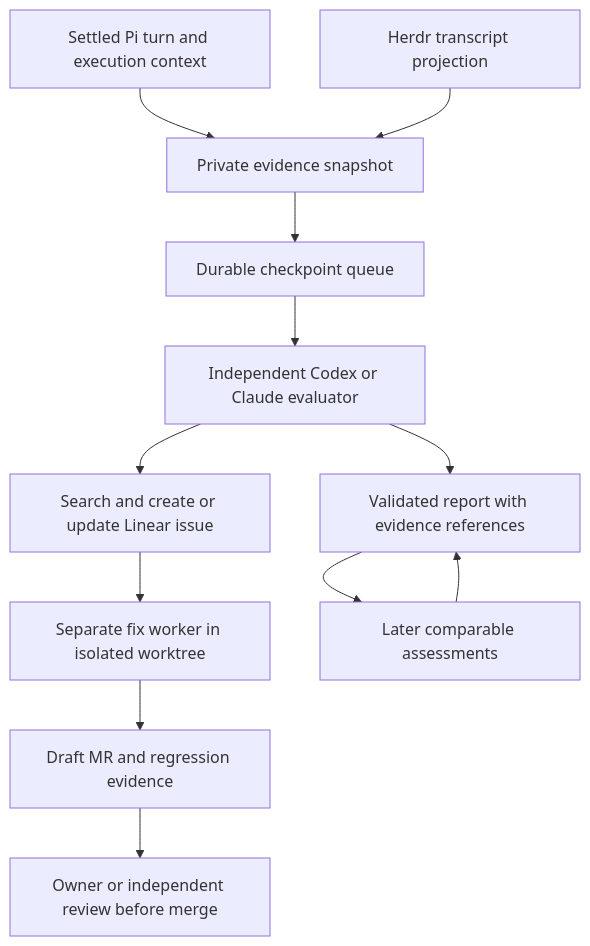
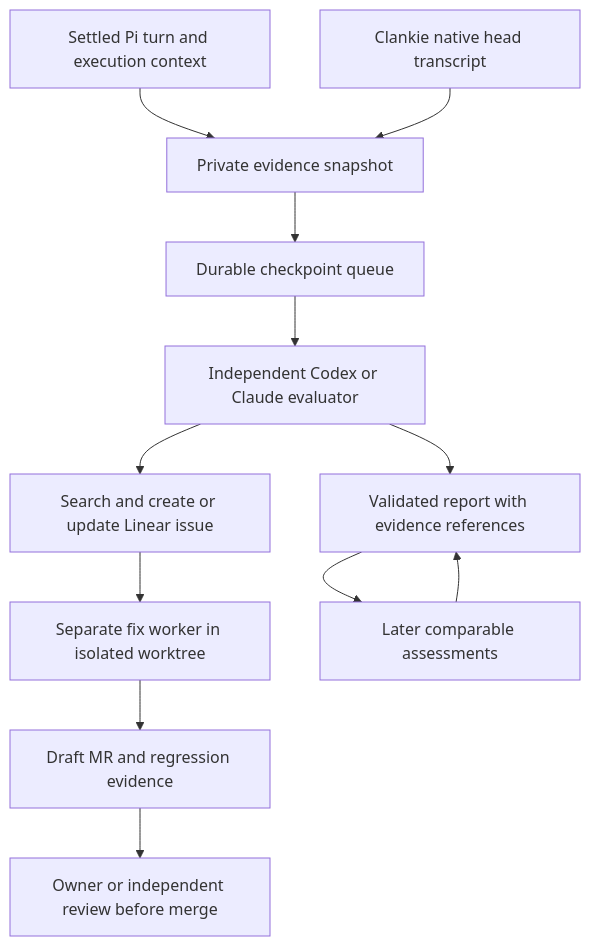
Before and after one commit to Volpestyle/clankie: the diagram in docs/adr/0178-the-evaluator-has-its-own-seat.md, drawn with Mermaid. The commit also changed other lines of this file and 17 other files, not shown here.

Commit message:
Keep external agent history native and evaluate only Clankie

````diff
--- a/docs/adr/0178-the-evaluator-has-its-own-seat.md
+++ b/docs/adr/0178-the-evaluator-has-its-own-seat.md
@@ -22,14 +22,14 @@
 ```mermaid
 flowchart TD
   Pi[Settled Pi turn and execution context] --> Capture[Private evidence snapshot]
-  Seats[Herdr transcript projection] --> Capture
+  Seats[Clankie native head transcript] --> Capture
   Capture --> Queue[Durable checkpoint queue]
   Queue --> Agent[Independent Codex or Claude evaluator]
   Agent --> Report[Validated report with evidence references]
   Agent --> Issue[Search and create or update Linear issue]
   Issue --> Worker[Separate fix worker in isolated worktree]
   Worker --> MR[Draft MR and regression evidence]
   MR --> Review[Owner or independent review before merge]
   Report --> Later[Later comparable assessments]
   Later --> Report
 ```
````
